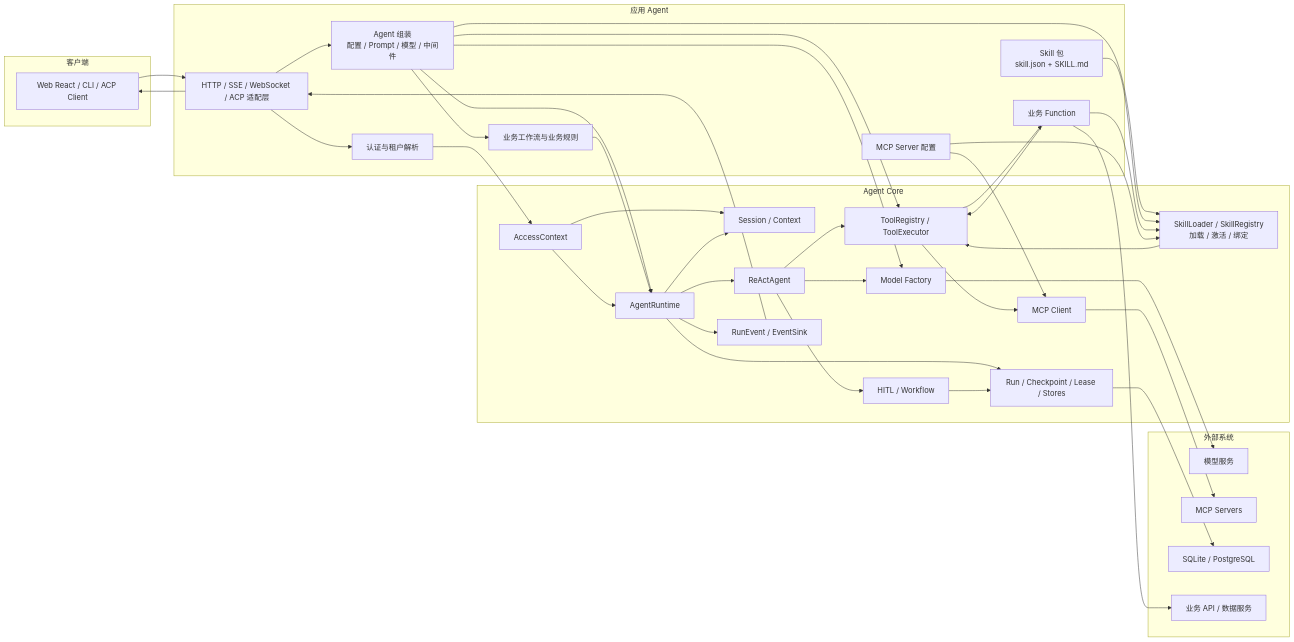
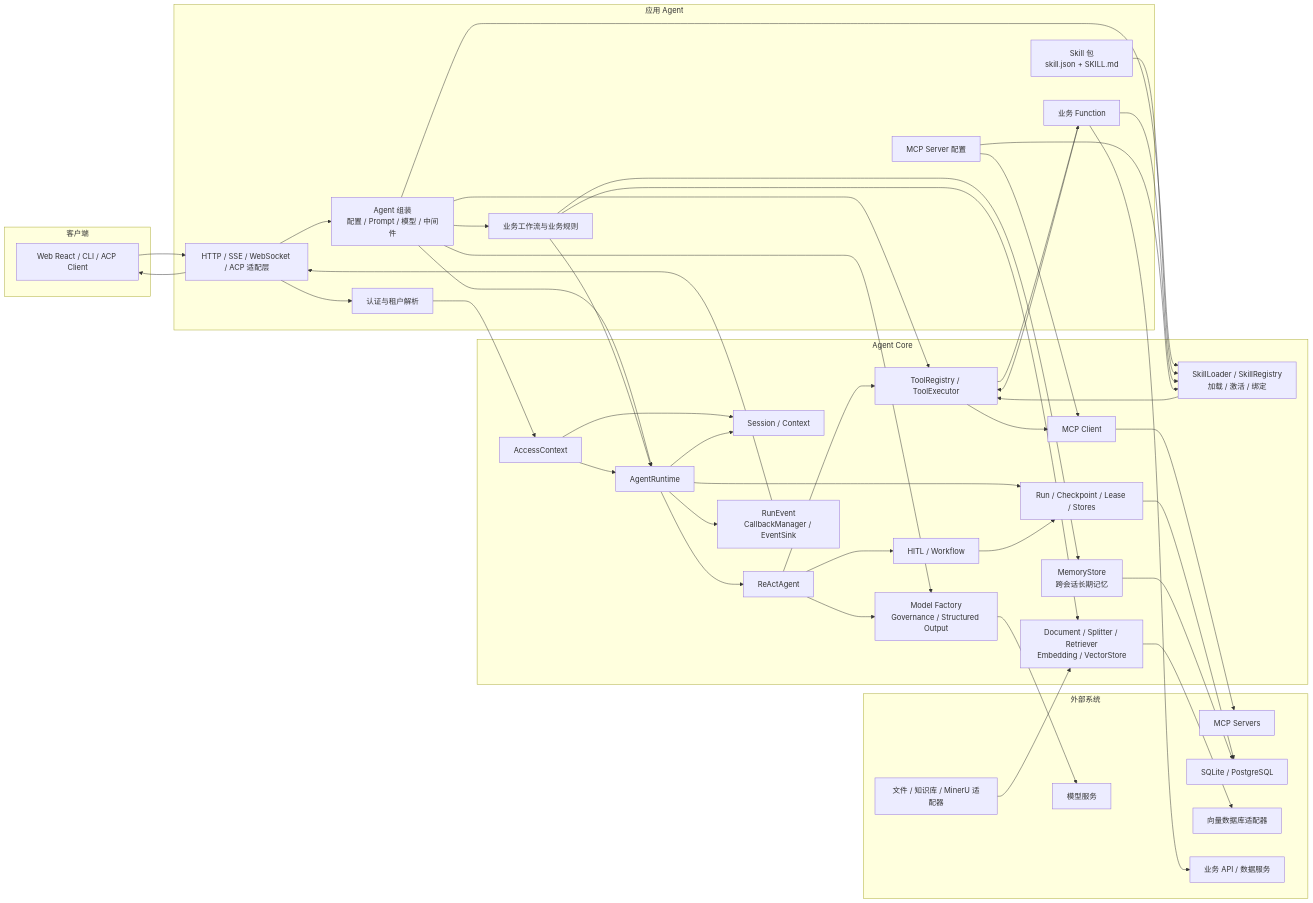
Before and after one commit to qiuzixu/agent-core: the second of 5 diagrams in docs/ARCHITECTURE.md, drawn with Mermaid. The commit also changed other lines of this file and 70 other files, not shown here.

```diff
--- a/docs/ARCHITECTURE.md
+++ b/docs/ARCHITECTURE.md
@@ -124,19 +153,23 @@
         SESSIONS["Session / Context"]
         AGENTRUNTIME["AgentRuntime"]
         LOOP["ReActAgent"]
-        MODELFACTORY["Model Factory"]
+        MODELFACTORY["Model Factory<br/>Governance / Structured Output"]
         SKILLENGINE["SkillLoader / SkillRegistry<br/>加载 / 激活 / 绑定"]
         TOOLING["ToolRegistry / ToolExecutor"]
         MCPCLIENT["MCP Client"]
         APPROVAL["HITL / Workflow"]
         PERSIST["Run / Checkpoint / Lease / Stores"]
-        EVENTS["RunEvent / EventSink"]
+        MEMORY["MemoryStore<br/>跨会话长期记忆"]
+        KNOWLEDGE["Document / Splitter / Retriever<br/>Embedding / VectorStore"]
+        EVENTS["RunEvent<br/>CallbackManager / EventSink"]
     end
 
     subgraph EXTERNAL["外部系统"]
         LLM["模型服务"]
         MCPSERVER["MCP Servers"]
         DBS["SQLite / PostgreSQL"]
+        CORPUS["文件 / 知识库 / MinerU 适配器"]
+        VECTORDB["向量数据库适配器"]
         SERVICES["业务 API / 数据服务"]
     end
 
@@ -171,8 +204,13 @@
     MCPCLIENT --> MCPSERVER
     LOCAL --> SERVICES
     AGENTRUNTIME --> PERSIST
+    BUSINESS --> MEMORY
+    CORPUS --> KNOWLEDGE
+    KNOWLEDGE --> VECTORDB
+    BUSINESS --> KNOWLEDGE
     APPROVAL --> PERSIST
     PERSIST --> DBS
+    MEMORY --> DBS
     AGENTRUNTIME --> EVENTS
     EVENTS --> API
     API --> WEB
```
